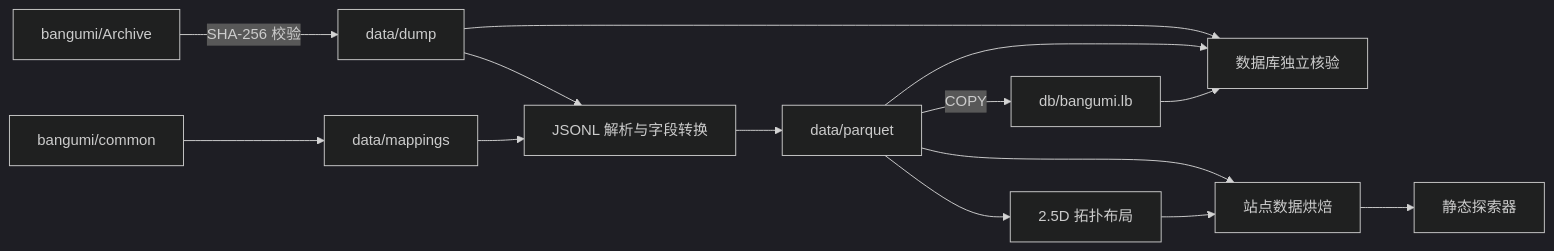
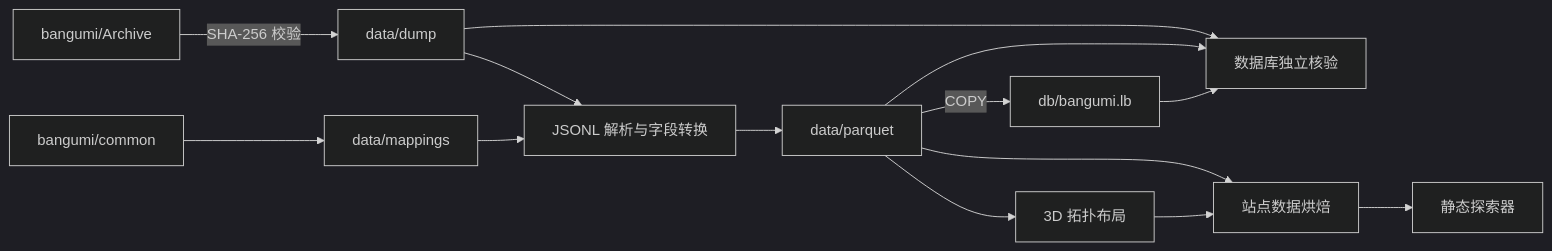
One commit to vauxe/bangumi-atlas changed the first of 2 diagrams in docs/DATA_ARCHITECTURE.md. Above: the diagram before and after it, drawn with Mermaid (dark theme). The commit also changed other lines of this file and 6 other files, not shown here.

````diff
--- a/docs/DATA_ARCHITECTURE.md
+++ b/docs/DATA_ARCHITECTURE.md
@@ -14,16 +14,16 @@
 ```mermaid
 flowchart LR
     A[bangumi/Archive] -->|SHA-256 校验| B[data/dump]
     M[bangumi/common] --> C[data/mappings]
     B --> D[JSONL 解析与字段转换]
     C --> D
     D --> E[data/parquet]
     E -->|COPY| F[db/bangumi.lb]
     B --> G[数据库独立核验]
     E --> G
     F --> G
-    E --> H[2.5D 拓扑布局]
+    E --> H[3D 拓扑布局]
     E --> I[站点数据烘焙]
     H --> I
     I --> J[静态探索器]
 ```
````
